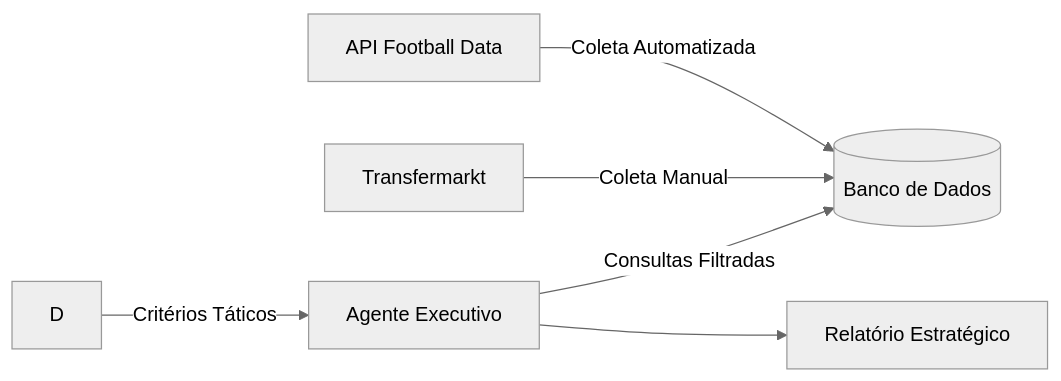
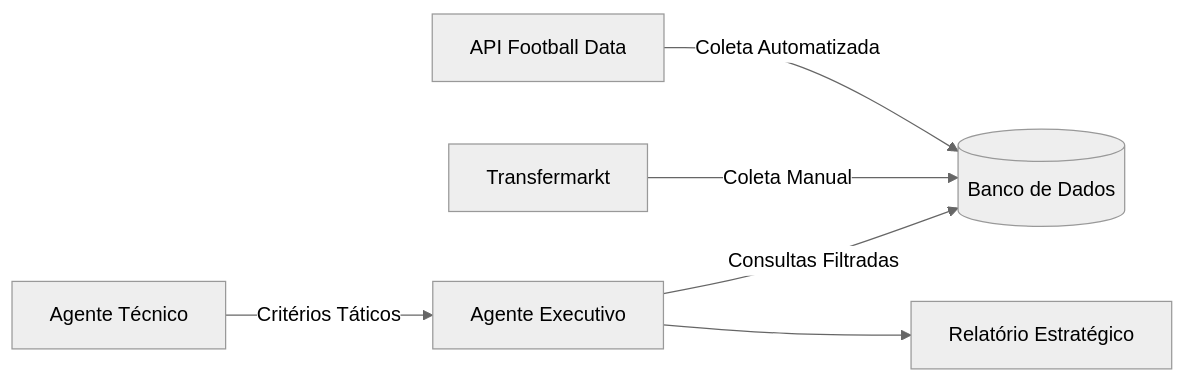
One commit to Reyso/ScoutAi-Agents changed the diagram in README.md. Above: the diagram before and after it, drawn with Mermaid (neutral theme). The commit also changed other lines of this file, not shown here.

````diff
--- a/README.md
+++ b/README.md
@@ -19,9 +19,9 @@
 ```mermaid
 graph LR
     A[API Football Data] -->|Coleta Automatizada| B[(Banco de Dados)]
     C[Transfermarkt] -->|Coleta Manual| B
-   
+    D[Agente Técnico]
     D -->|Critérios Táticos| E[Agente Executivo]
     E -->|Consultas Filtradas| B
     E --> F[Relatório Estratégico] 
 ```
````
